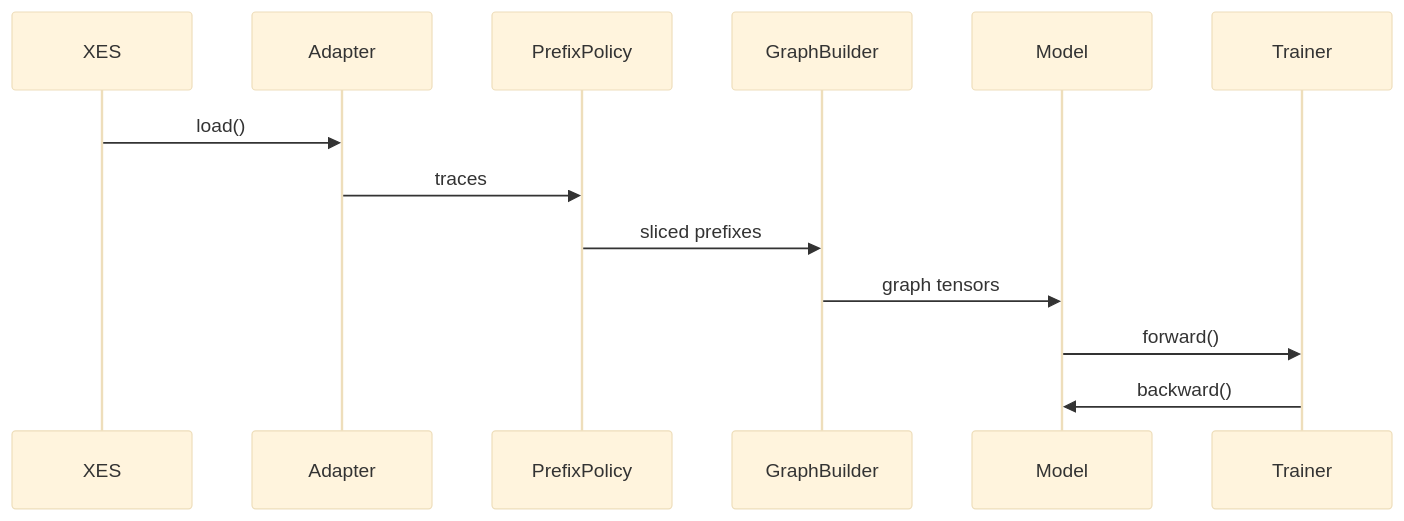
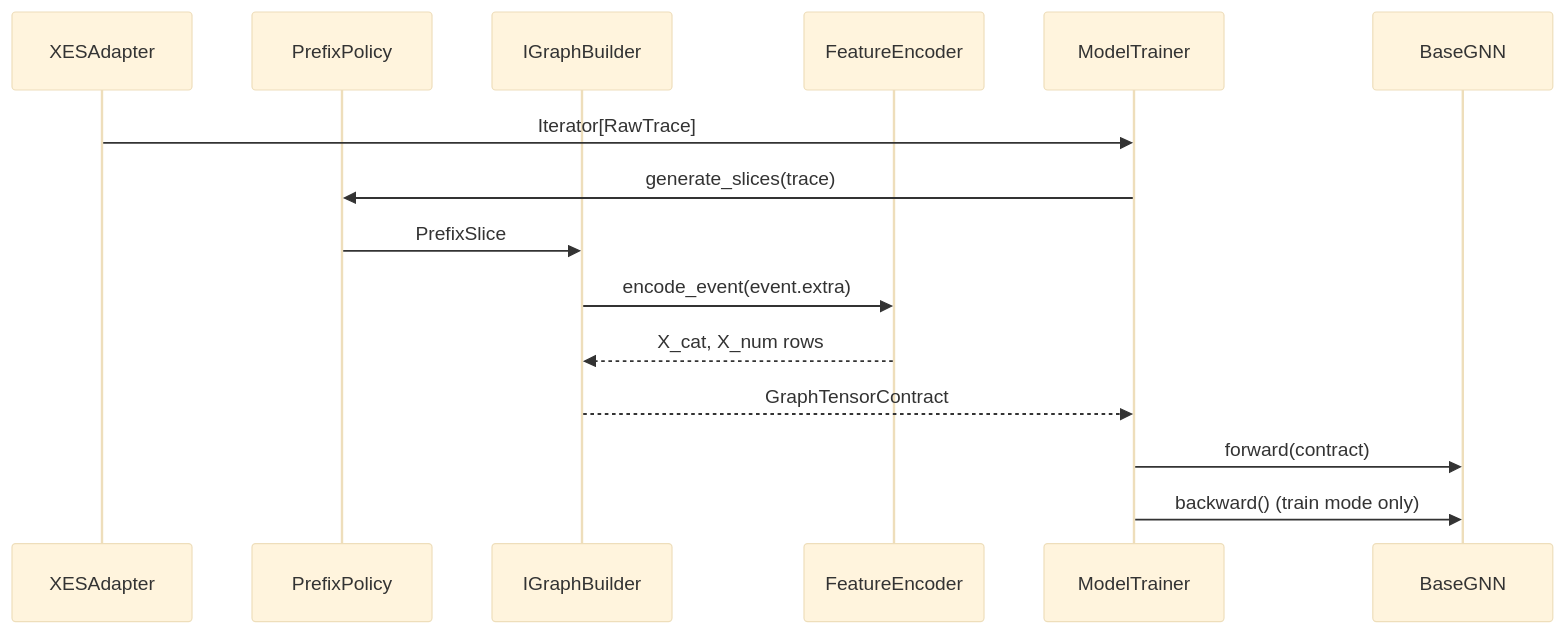
The first of 2 diagrams in ARCHITECTURE_MVP1.MD (ghsrg/bpm_prediction), drawn with Mermaid (base theme) before and after one commit. The commit also changed other lines of this file and 20 other files, not shown here.

Commit message:
docs: align target architecture and glossary

````diff
--- a/ARCHITECTURE_MVP1.MD
+++ b/ARCHITECTURE_MVP1.MD
@@ -157,16 +57,18 @@
 ```mermaid
 sequenceDiagram
-    participant XES
-    participant Adapter
-    participant PrefixPolicy
-    participant GraphBuilder
-    participant Model
-    participant Trainer
+    participant XES as XESAdapter
+    participant PP as PrefixPolicy
+    participant GB as IGraphBuilder
+    participant FE as FeatureEncoder
+    participant TR as ModelTrainer
+    participant M as BaseGNN
 
-    XES->>Adapter: load()
-    Adapter->>PrefixPolicy: traces
-    PrefixPolicy->>GraphBuilder: sliced prefixes
-    GraphBuilder->>Model: graph tensors
-    Model->>Trainer: forward()
-    Trainer->>Model: backward()
+    XES->>TR: Iterator[RawTrace]
+    TR->>PP: generate_slices(trace)
+    PP->>GB: PrefixSlice
+    GB->>FE: encode_event(event.extra)
+    FE-->>GB: X_cat, X_num rows
+    GB-->>TR: GraphTensorContract
+    TR->>M: forward(contract)
+    TR->>M: backward() (train mode only)
 ```
````
